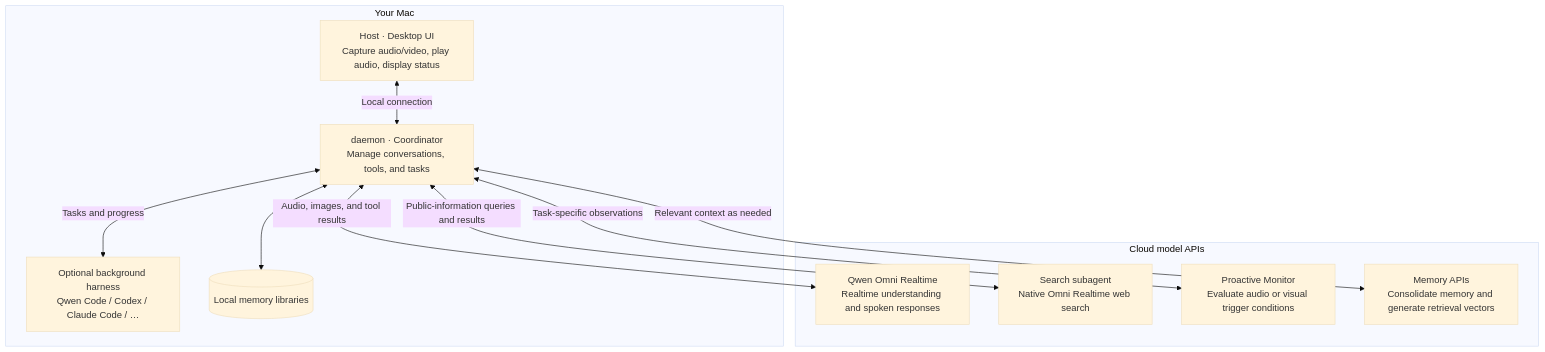
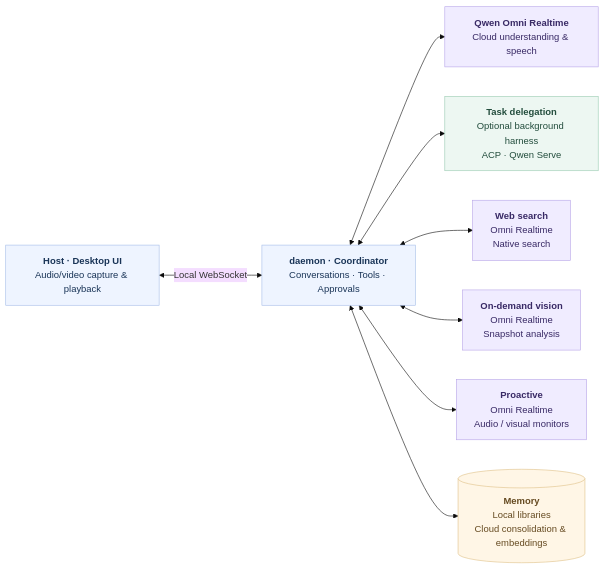
One commit to QwenLM/Qwen-Live-Harness changed the diagram in README.md. Above: the diagram before and after it, drawn with Mermaid (base theme). The commit also changed other lines of this file and 10 other files, not shown here.

First line of the commit message:
docs: present the bilingual product and architecture guides

````diff
--- a/README.md
+++ b/README.md
@@ -136,22 +152,28 @@
 ```mermaid
-flowchart TB
-  subgraph local["Your Mac"]
-    host["Host · Desktop UI<br/>Capture audio/video, play audio, display status"]
-    daemon["daemon · Coordinator<br/>Manage conversations, tools, and tasks"]
-    backend["Optional background harness<br/>Qwen Code / Codex / Claude Code / …"]
-    memory[("Local memory libraries")]
-    host <-->|Local connection| daemon
-    daemon <-->|Tasks and progress| backend
-    daemon <--> memory
-  end
-  subgraph cloud["Cloud model APIs"]
-    omni["Qwen Omni Realtime<br/>Realtime understanding and spoken responses"]
-    search["Search subagent<br/>Native Omni Realtime web search"]
-    monitor["Proactive Monitor<br/>Evaluate audio or visual trigger conditions"]
-    memoryapi["Memory APIs<br/>Consolidate memory and generate retrieval vectors"]
-  end
-  daemon <-->|Audio, images, and tool results| omni
-  daemon <-->|Public-information queries and results| search
-  daemon <-->|Task-specific observations| monitor
-  daemon <-->|Relevant context as needed| memoryapi
+flowchart LR
+  host["<b>Host · Desktop UI</b><br/>Audio/video capture & playback"]
+  daemon["<b>daemon · Coordinator</b><br/>Conversations · Tools · Approvals"]
+  omni["<b>Qwen Omni Realtime</b><br/>Cloud understanding & speech"]
+  host <-->|Local WebSocket| daemon
+  daemon <--> omni
+  harness["<b>Task delegation</b><br/>Optional background harness<br/>ACP · Qwen Serve"]
+  search["<b>Web search</b><br/>Omni Realtime<br/>Native search"]
+  visual["<b>On-demand vision</b><br/>Omni Realtime<br/>Snapshot analysis"]
+  monitor["<b>Proactive</b><br/>Omni Realtime<br/>Audio / visual monitors"]
+  memory[("<b>Memory</b><br/>Local libraries<br/>Cloud consolidation & embeddings")]
+
+  daemon <--> harness
+  daemon <--> search
+  daemon <--> visual
+  daemon <--> monitor
+  daemon <--> memory
+
+  classDef local fill:#eef4ff,stroke:#a5bde8,color:#193457,stroke-width:1px
+  classDef model fill:#f0ecff,stroke:#b7a5e8,color:#382965,stroke-width:1px
+  classDef optional fill:#edf7f2,stroke:#9acbb2,color:#234d3d,stroke-width:1px
+  classDef storage fill:#fff6e6,stroke:#dfc086,color:#664b22,stroke-width:1px
+  class host,daemon local
+  class omni,search,visual,monitor model
+  class harness optional
+  class memory storage
 ```
````
